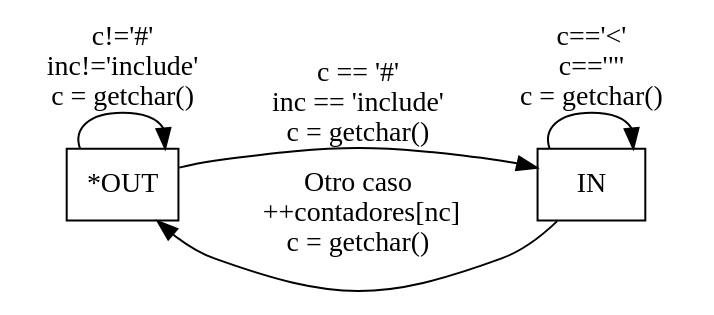
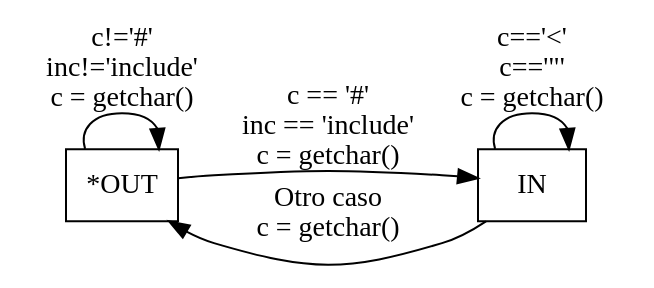
Before and after one commit to mfiandrino/ssl-tps-2: the diagram in 04 -/atenderIncludes/includes.gv, drawn with Graphviz.

Commit message:
Cambio el dot de includes

```diff
--- a/04 -/atenderIncludes/includes.gv
+++ b/04 -/atenderIncludes/includes.gv
@@ -1,19 +1,19 @@
 digraph includes {
     //main [shape=box];
     //main -> OUT;
     rankdir = LR
     OUT [shape=box,label= "*OUT"];
     IN [shape=box];
     IN -> IN [label=" c=='<'\nc=='\"'\n c = getchar()"];
     OUT -> OUT [label="c!='#'\ninc!='include'\n c = getchar()"];
     OUT -> IN [label="c == '#'\ninc == 'include'\n c = getchar()"];
-    IN -> OUT [label="Otro caso \n  ++contadores[nc] \n c = getchar()"];
+    IN -> OUT [label="Otro caso \n c = getchar()"];
     
 }
 
 /* Para descargar el Graphviz y sumarlo al PATH https://graphviz.org/download/
     Esta Linux, Windows, MAC 
     En VSC ir a extenciones y agregar el Graphviz (dot)
     Para correr por consola -> dot -Tpng histograma.gv -o histograma.png 
     Despues del -T se pueden agregar otros formatos soportados por Graphviz
 */
```
